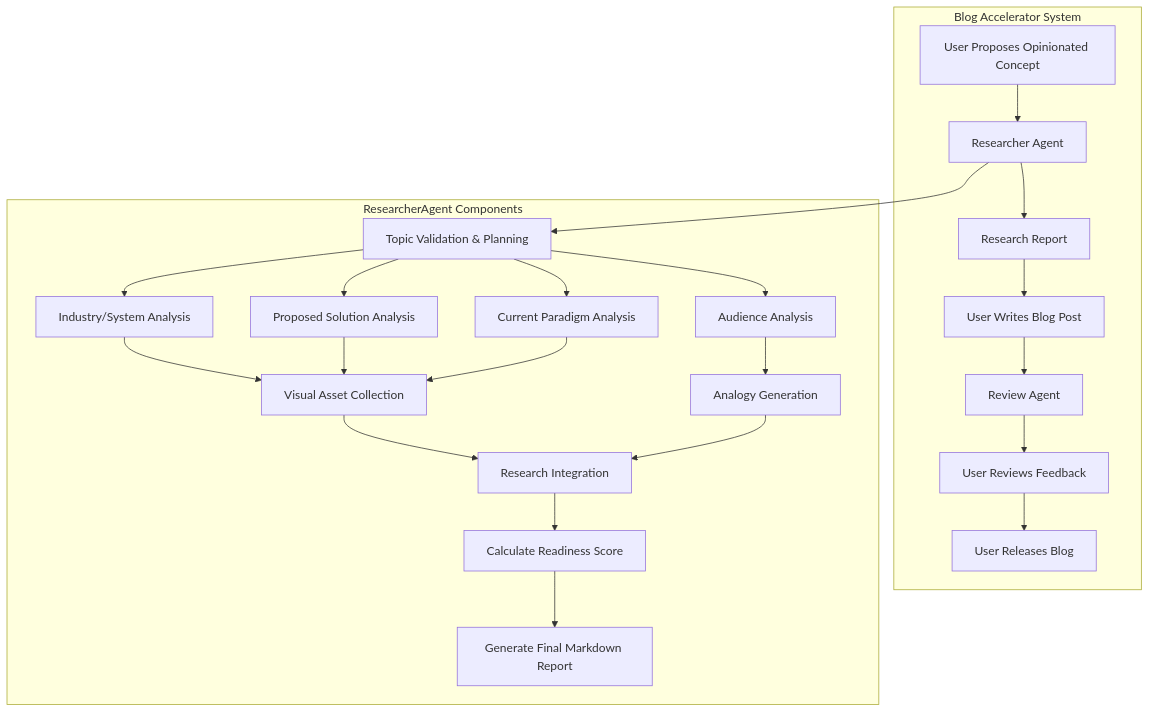
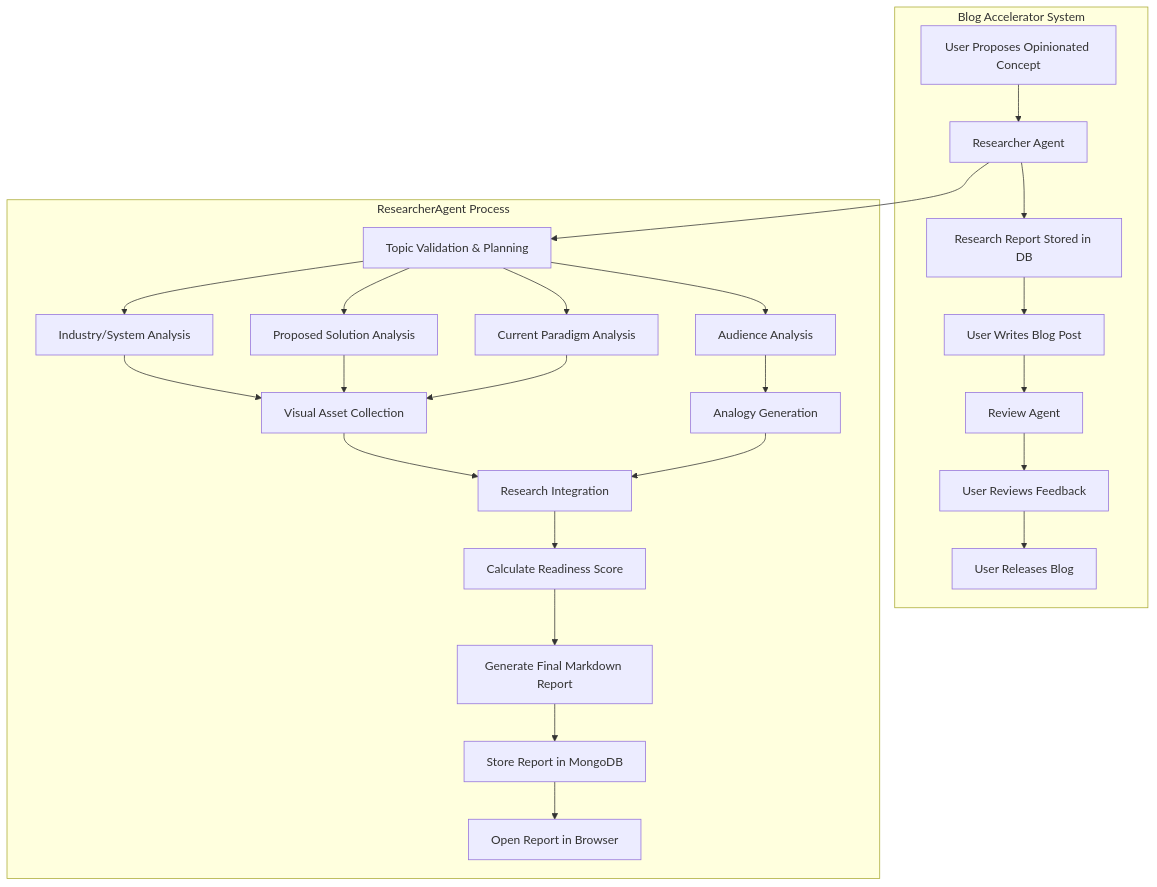
One commit to XavierDedenbach/blog-accelerator-agent changed the first of 4 diagrams in project_requirements/researcher_agent_architecture.md. Above: the diagram before and after it, drawn with Mermaid. The commit also changed other lines of this file and 2 other files, not shown here.

First line of the commit message:
Revise Web UI for Research Reports Documentation

````diff
--- a/project_requirements/researcher_agent_architecture.md
+++ b/project_requirements/researcher_agent_architecture.md
@@ -7,24 +7,26 @@
 ```mermaid
 graph TD
     subgraph Blog Accelerator System
         A[User Proposes Opinionated Concept] --> B[Researcher Agent]
-        B --> C[Research Report]
+        B --> C[Research Report Stored in DB]
         C --> D[User Writes Blog Post]
         D --> E[Review Agent]
         E --> F[User Reviews Feedback]
         F --> G[User Releases Blog]
     end
     
-    subgraph ResearcherAgent Components
+    subgraph ResearcherAgent Process
         B --> H[Topic Validation & Planning]
         H --> I1[Industry/System Analysis]
         H --> I2[Proposed Solution Analysis]
         H --> I3[Current Paradigm Analysis]
         H --> I4[Audience Analysis]
         I1 & I2 & I3 --> J[Visual Asset Collection]
         I4 --> K[Analogy Generation]
         J & K --> L[Research Integration]
         L --> M[Calculate Readiness Score]
         M --> N[Generate Final Markdown Report]
+        N --> O[Store Report in MongoDB]
+        O --> P[Open Report in Browser]
     end
 ```
````
